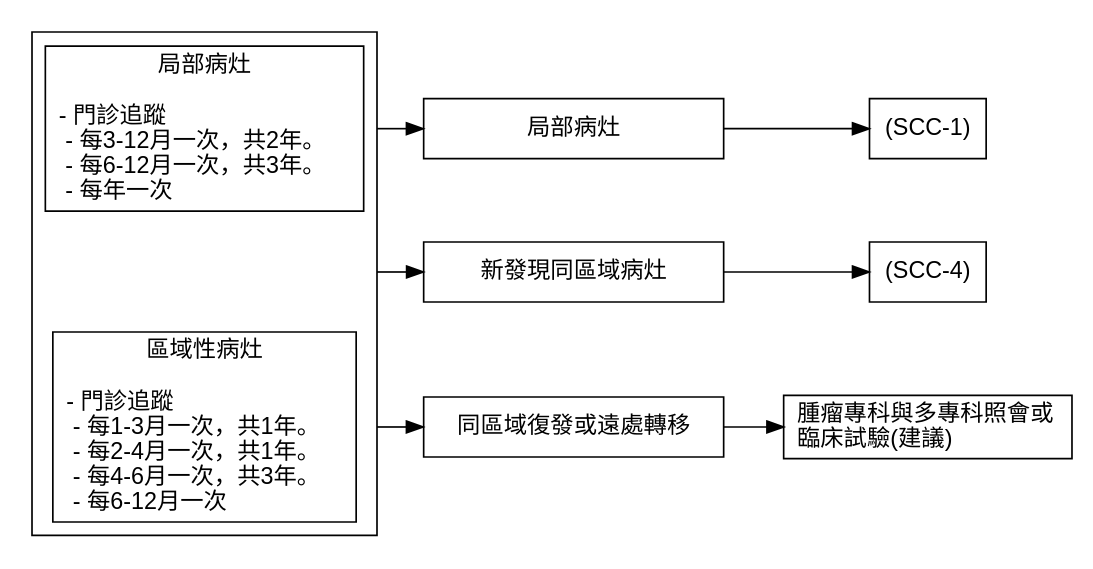
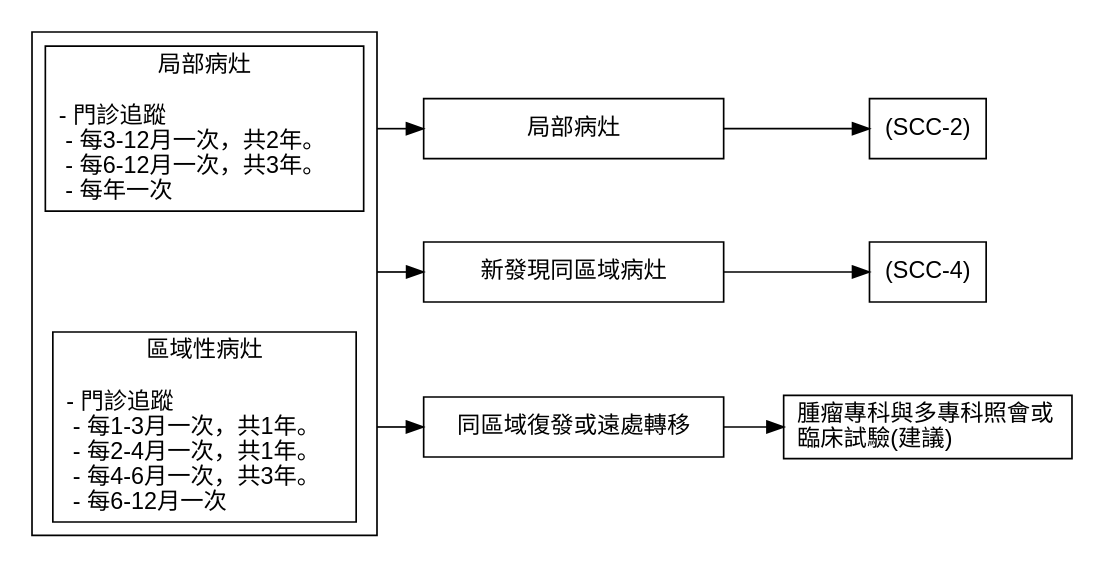
The diagram in SCC.6.gv (gnayyc/SkinCancerGuidelineDiagram), drawn with Graphviz before and after one commit. The commit also changed 3 other files, not shown here.

```diff
--- a/SCC.6.gv
+++ b/SCC.6.gv
@@ -1,29 +1,29 @@
 digraph {
   compound=true;
 
   graph [rankdir = LR; splines=ortho; overlap=false]
   node [shape = box, fontname = Helvetica]
 
   subgraph cluster1 {
     l1 [label = "局部病灶\n
 - 門診追蹤\l  - 每3-12月一次，共2年。\l  - 每6-12月一次，共3年。\l  - 每年一次\l"]
     l2 [label=""; shape=none]
     l3 [label = "區域性病灶\n
 - 門診追蹤\l  - 每1-3月一次，共1年。\l  - 每2-4月一次，共1年。\l  - 每4-6月一次，共3年。\l  - 每6-12月一次\l"]
 	}
 	
 	l1 -> t1 [ltail = cluster1] 
-	      t1 -> "(SCC-1)"
+	      t1 -> "(SCC-2)"
 	l2 -> t2 [ltail = cluster1] 
 	      t2 -> "(SCC-4)"
 	l3 -> t3 [ltail = cluster1] 
 	      t3 -> "腫瘤專科與多專科照會或\l臨床試驗(建議)\l"
 	
 	t1 [label = "局部病灶"; width = 2.5]
 	t2 [label = "新發現同區域病灶"; width = 2.5]
 	t3 [label = "同區域復發或遠處轉移"; width = 2.5]
 	
 #  obs [label = "觀察"; height = 3]
 #  fu [label = "追蹤 (SCC-6)"; height = 3]
 
 }
```
